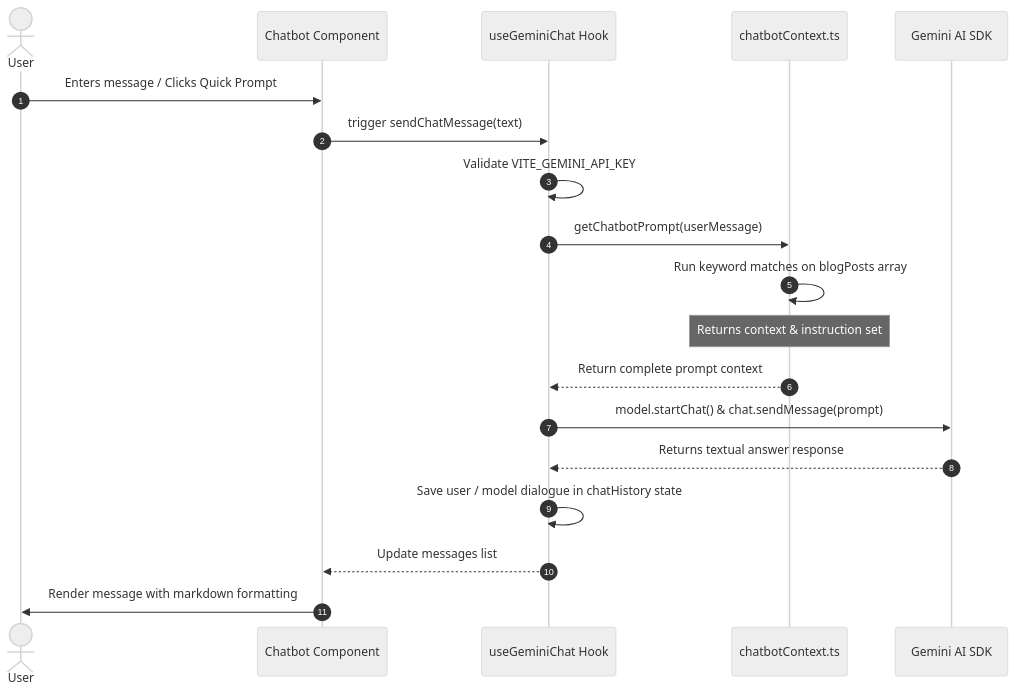
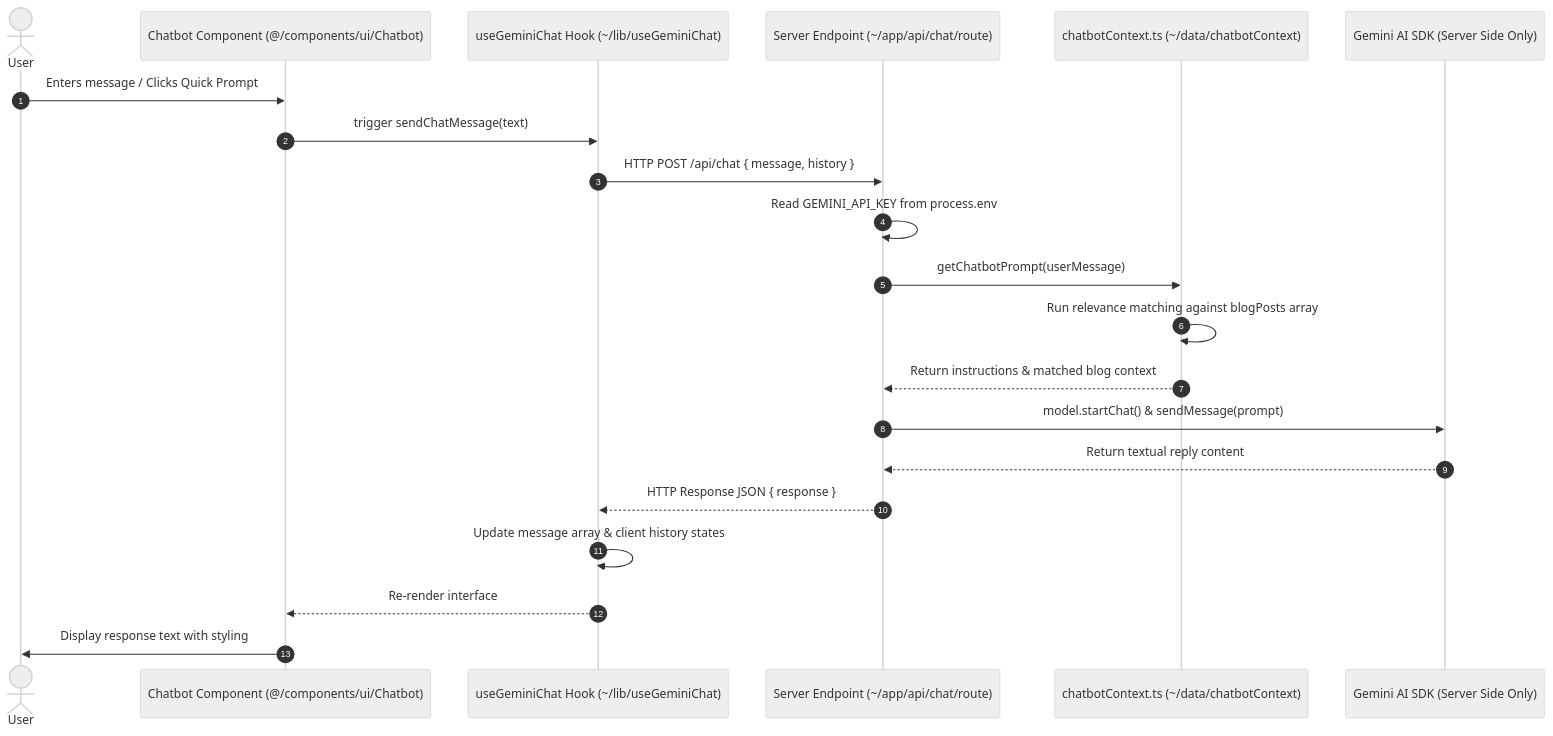
Before and after one commit to mrafiq825/MRafiq825: the first of 2 diagrams in BRAIN.md, drawn with Mermaid (neutral theme). The commit also changed other lines of this file and 29 other files, not shown here.

````diff
--- a/BRAIN.md
+++ b/BRAIN.md
@@ -78,22 +79,24 @@
 ```mermaid
 sequenceDiagram
     autonumber
     actor User
-    participant ChatbotUI as Chatbot Component
-    participant Hook as useGeminiChat Hook
-    participant Context as chatbotContext.ts
-    participant Gemini as Gemini AI SDK
+    participant ChatbotUI as Chatbot Component (@/components/ui/Chatbot)
+    participant Hook as useGeminiChat Hook (~/lib/useGeminiChat)
+    participant Server as Server Endpoint (~/app/api/chat/route)
+    participant Context as chatbotContext.ts (~/data/chatbotContext)
+    participant Gemini as Gemini AI SDK (Server Side Only)
 
     User->>ChatbotUI: Enters message / Clicks Quick Prompt
     ChatbotUI->>Hook: trigger sendChatMessage(text)
-    Hook->>Hook: Validate VITE_GEMINI_API_KEY
-    Hook->>Context: getChatbotPrompt(userMessage)
-    Context->>Context: Run keyword matches on blogPosts array
-    Note over Context: Returns context & instruction set
-    Context-->>Hook: Return complete prompt context
-    Hook->>Gemini: model.startChat() & chat.sendMessage(prompt)
-    Gemini-->>Hook: Returns textual answer response
-    Hook->>Hook: Save user / model dialogue in chatHistory state
-    Hook-->>ChatbotUI: Update messages list
-    ChatbotUI->>User: Render message with markdown formatting
+    Hook->>Server: HTTP POST /api/chat { message, history }
+    Server->>Server: Read GEMINI_API_KEY from process.env
+    Server->>Context: getChatbotPrompt(userMessage)
+    Context->>Context: Run relevance matching against blogPosts array
+    Context-->>Server: Return instructions & matched blog context
+    Server->>Gemini: model.startChat() & sendMessage(prompt)
+    Gemini-->>Server: Return textual reply content
+    Server-->>Hook: HTTP Response JSON { response }
+    Hook->>Hook: Update message array & client history states
+    Hook-->>ChatbotUI: Re-render interface
+    ChatbotUI->>User: Display response text with styling
 ```
````
